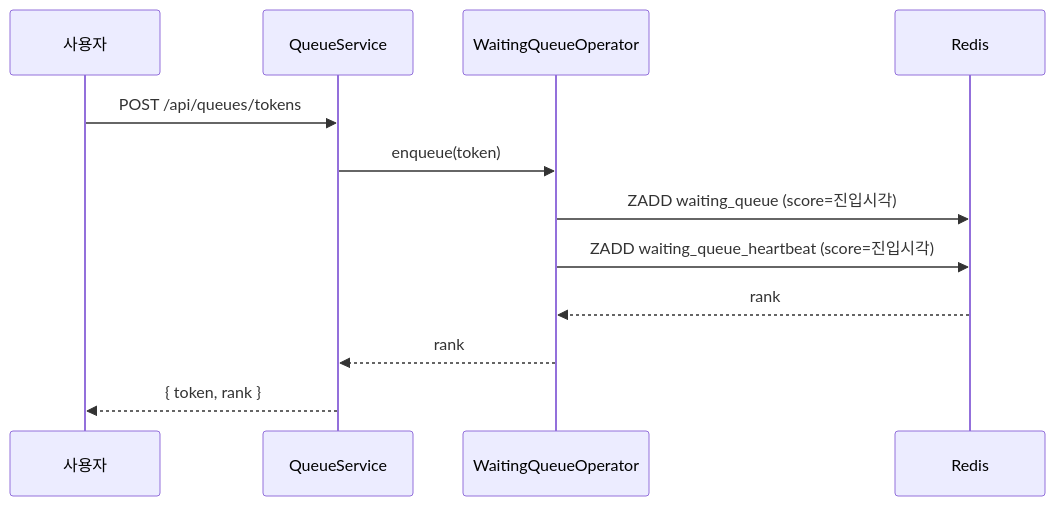
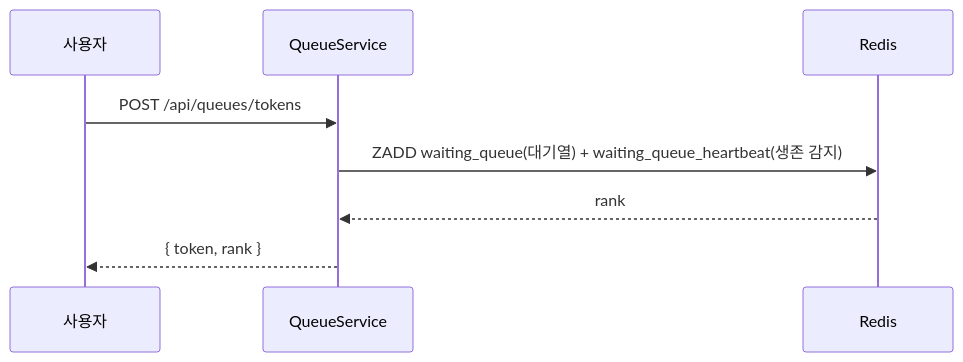
The second of 8 diagrams in README.md (irnd04/zticket), drawn with Mermaid before and after one commit. The commit also changed other lines of this file, not shown here.

Commit message:
docs: 다이어그램 간소화

````diff
--- a/README.md
+++ b/README.md
@@ -79,15 +79,11 @@
 ```mermaid
 sequenceDiagram
     participant U as 사용자
     participant Q as QueueService
-    participant O as WaitingQueueOperator
     participant R as Redis
 
     U->>Q: POST /api/queues/tokens
-    Q->>O: enqueue(token)
-    O->>R: ZADD waiting_queue (score=진입시각)
-    O->>R: ZADD waiting_queue_heartbeat (score=진입시각)
-    R-->>O: rank
-    O-->>Q: rank
+    Q->>R: ZADD waiting_queue(대기열) + waiting_queue_heartbeat(생존 감지)
+    R-->>Q: rank
     Q-->>U: { token, rank }
 ```
````
